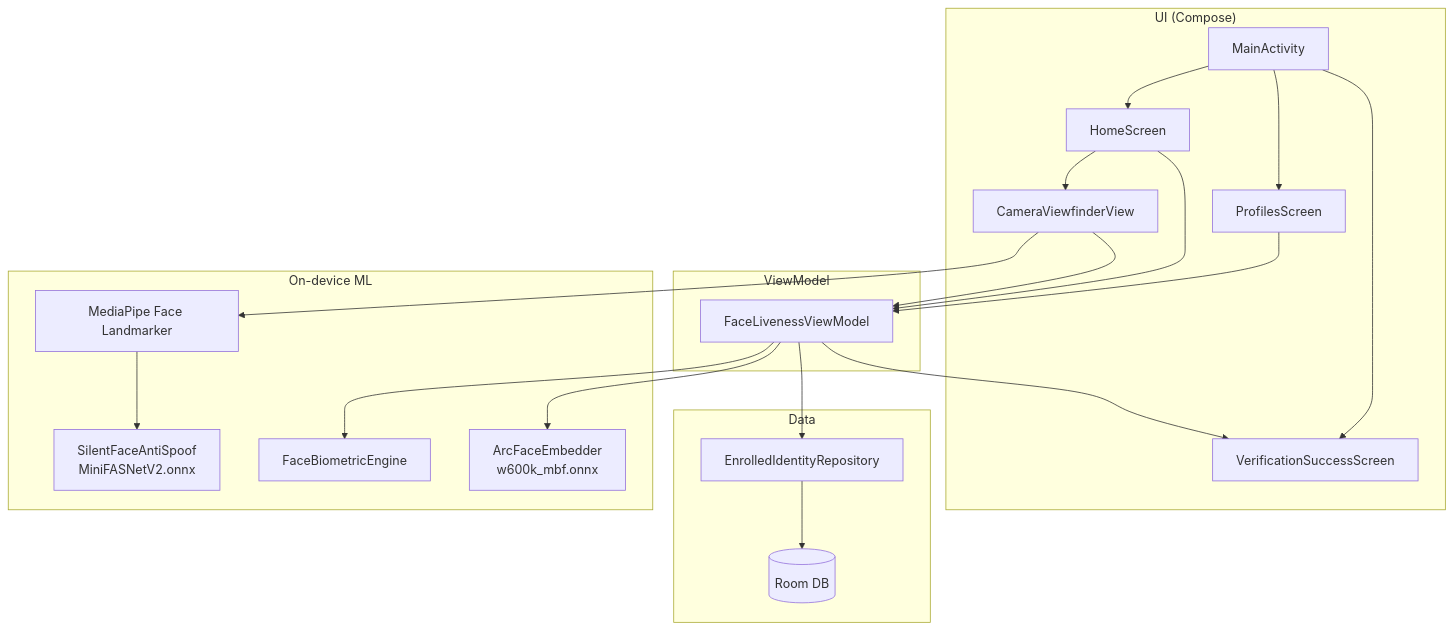
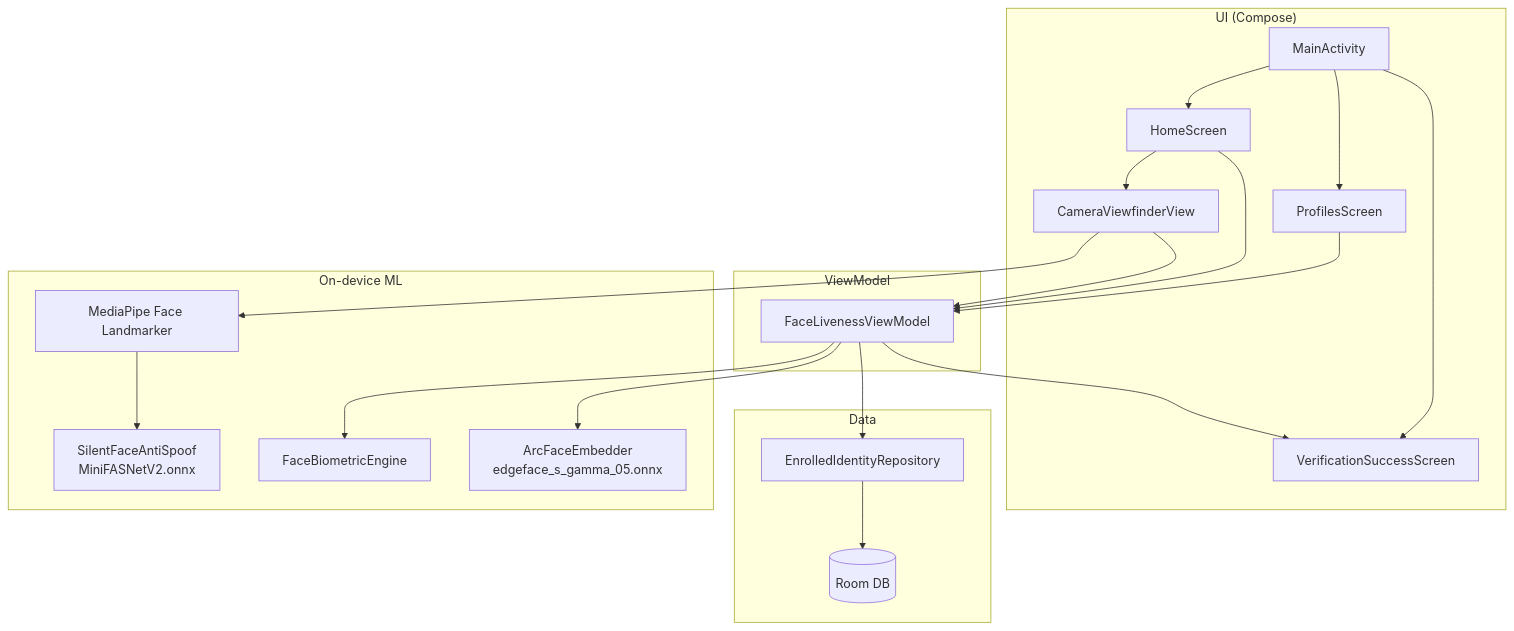
Before and after one commit to debasiskoley/face-liveness-ai: the first of 3 diagrams in README.md, drawn with Mermaid. The commit also changed other lines of this file and 16 other files, not shown here.

````diff
--- a/README.md
+++ b/README.md
@@ -32,36 +32,36 @@
 ```mermaid
 flowchart TB
   subgraph UI["UI (Compose)"]
     MA[MainActivity]
     HS[HomeScreen]
     PS[ProfilesScreen]
     CV[CameraViewfinderView]
     VS[VerificationSuccessScreen]
   end
 
   subgraph VM["ViewModel"]
     FLVM[FaceLivenessViewModel]
   end
 
   subgraph ML["On-device ML"]
     MP[MediaPipe Face Landmarker]
     PAD[SilentFaceAntiSpoof<br/>MiniFASNetV2.onnx]
-    AF[ArcFaceEmbedder<br/>w600k_mbf.onnx]
+    AF[ArcFaceEmbedder<br/>edgeface_s_gamma_05.onnx]
     FBE[FaceBiometricEngine]
   end
 
   subgraph Data["Data"]
     REPO[EnrolledIdentityRepository]
     ROOM[(Room DB)]
   end
 
   MA --> HS & PS & VS
   HS --> CV
   CV --> MP
   MP --> PAD
   CV --> FLVM
   HS & PS --> FLVM
   FLVM --> FBE & AF & REPO
   REPO --> ROOM
   FLVM --> VS
 ```
````
